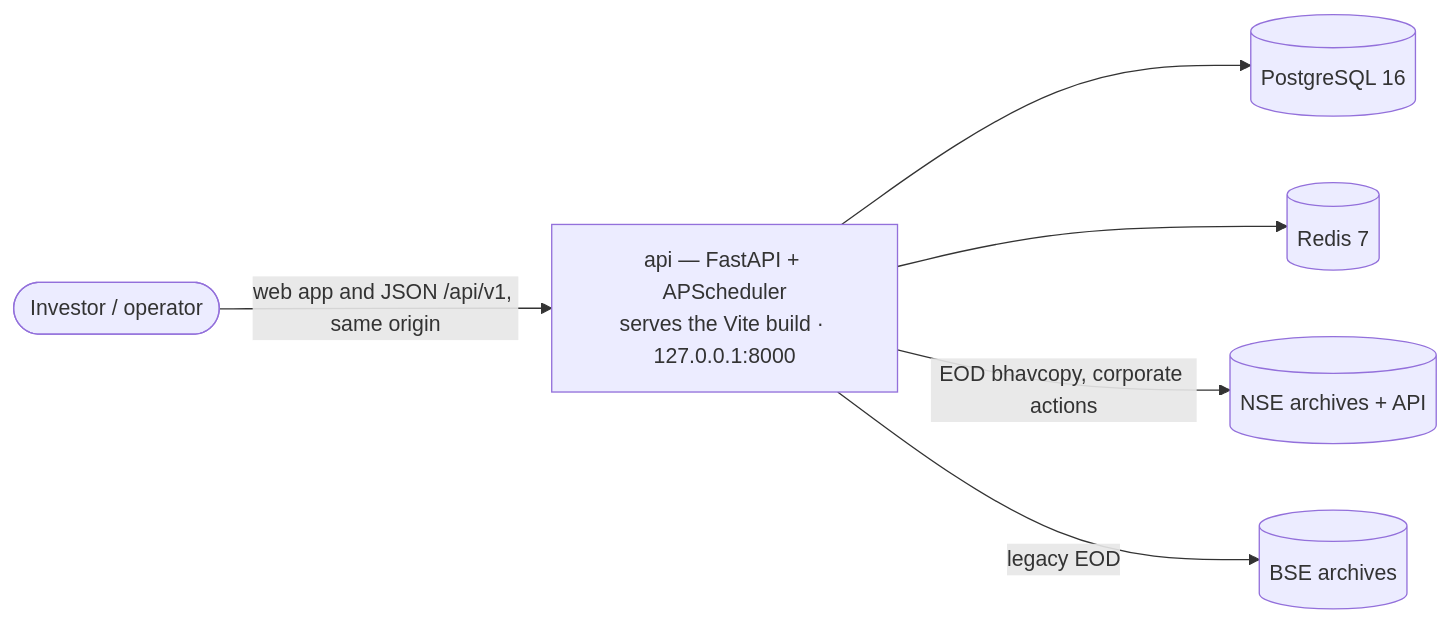
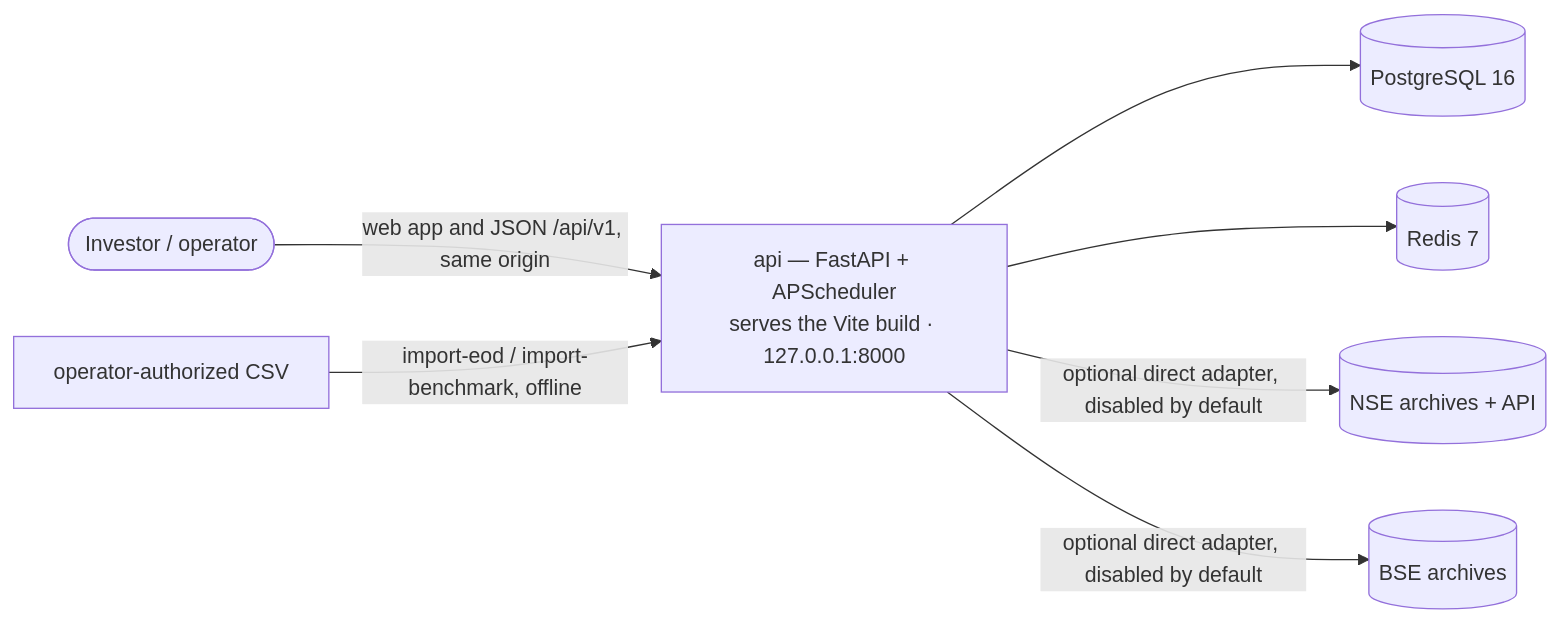
One commit to varun-uec/StocksMomentum changed the diagram in docs/current/architecture.md. Above: the diagram before and after it, drawn with Mermaid. The commit also changed other lines of this file and 26 other files, not shown here.

Commit message:
Harden authorized offline market data workflows

````diff
--- a/docs/current/architecture.md
+++ b/docs/current/architecture.md
@@ -9,8 +9,9 @@
 ```mermaid
 flowchart LR
   user(["Investor / operator"]) -->|"web app and JSON /api/v1, same origin"| api["api — FastAPI + APScheduler<br/>serves the Vite build · 127.0.0.1:8000"]
   api --> db[("PostgreSQL 16")]
   api --> redis[("Redis 7")]
-  api -->|EOD bhavcopy, corporate actions| nse[("NSE archives + API")]
-  api -->|legacy EOD| bse[("BSE archives")]
+  api -->|optional direct adapter, disabled by default| nse[("NSE archives + API")]
+  api -->|optional direct adapter, disabled by default| bse[("BSE archives")]
+  operator["operator-authorized CSV"] -->|import-eod / import-benchmark, offline| api
 ```
````
